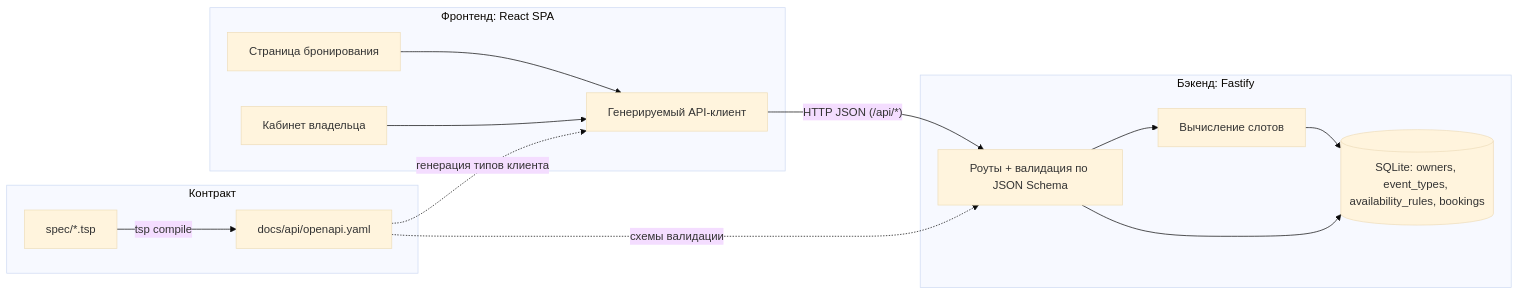
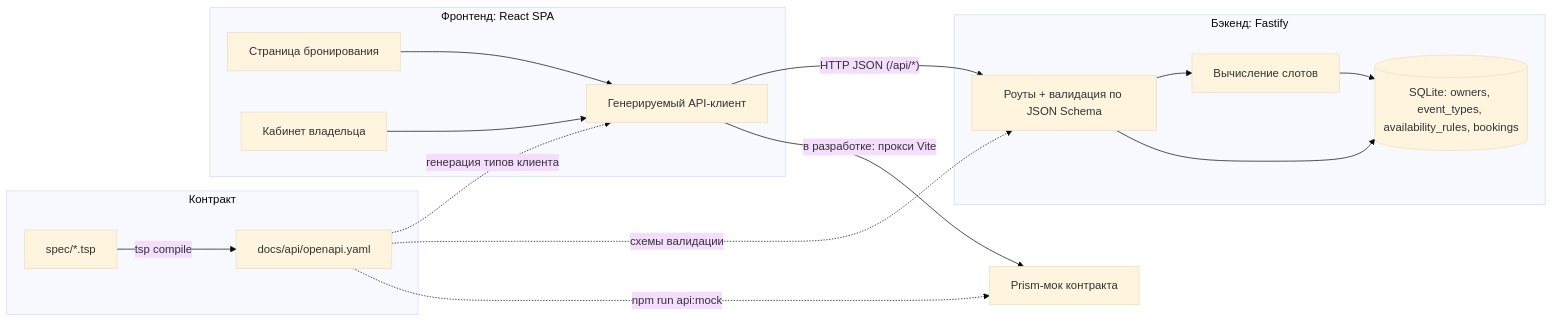
The diagram in project-spec.md (kirillchistov/fullstack-javascript-project-386), drawn with Mermaid (base theme) before and after one commit. The commit also changed other lines of this file and 31 other files, not shown here.

````diff
--- a/project-spec.md
+++ b/project-spec.md
@@ -79,27 +81,31 @@
 ```mermaid
 flowchart LR
   subgraph contract [Контракт]
     tsp[spec/*.tsp] -->|tsp compile| openapi[docs/api/openapi.yaml]
   end
 
   subgraph client [Фронтенд: React SPA]
     guestUI[Страница бронирования]
     ownerUI[Кабинет владельца]
     apiClient[Генерируемый API-клиент]
     guestUI --> apiClient
     ownerUI --> apiClient
   end
 
   subgraph serverSide [Бэкенд: Fastify]
     routesLayer[Роуты + валидация по JSON Schema]
     slotService[Вычисление слотов]
     db[(SQLite: owners, event_types, availability_rules, bookings)]
     routesLayer --> slotService
     routesLayer --> db
     slotService --> db
   end
 
+  prism[Prism-мок контракта]
+
   openapi -.->|генерация типов клиента| apiClient
   openapi -.->|схемы валидации| routesLayer
+  openapi -.->|npm run api:mock| prism
   apiClient -->|"HTTP JSON (/api/*)"| routesLayer
+  apiClient -->|"в разработке: прокси Vite"| prism
 ```
````
